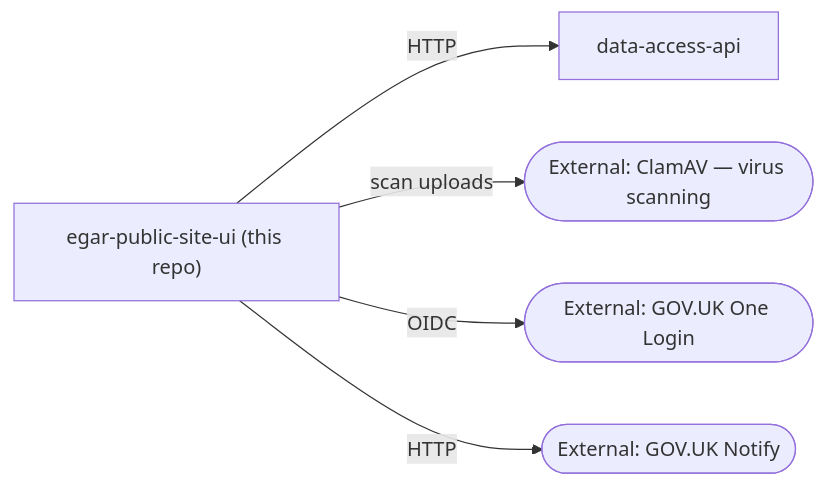
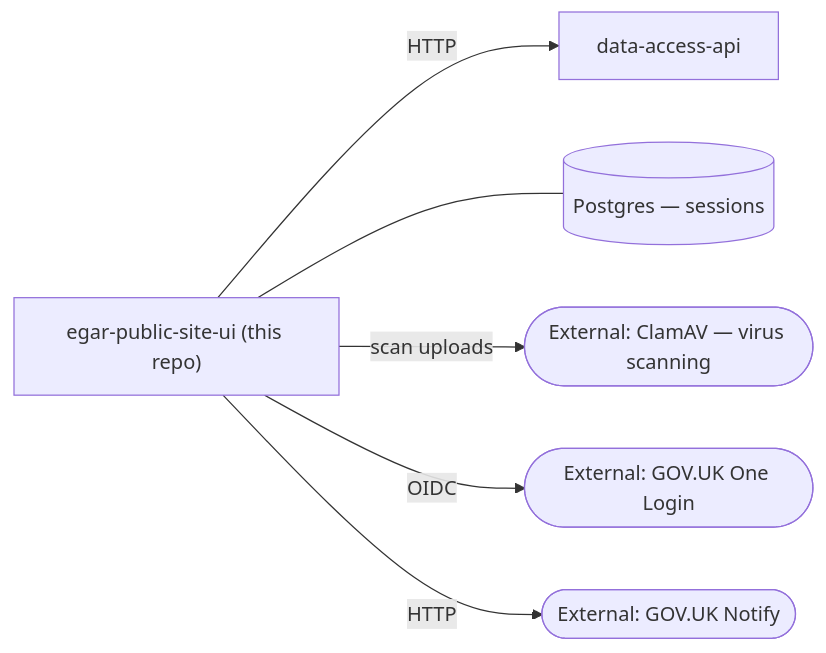
The diagram in AGENTS.md (UKHomeOffice/egar-public-site-ui), drawn with Mermaid before and after one commit. The commit also changed other lines of this file, not shown here.

````diff
--- a/AGENTS.md
+++ b/AGENTS.md
@@ -9,13 +9,15 @@
 ```mermaid
 flowchart LR
     UI["egar-public-site-ui (this repo)"]
+    DB[("Postgres — sessions")]
     API["data-access-api"]
     CLAMAV(["External: ClamAV — virus scanning"])
     ONELOGIN(["External: GOV.UK One Login"])
     NOTIFY(["External: GOV.UK Notify"])
 
     UI -- HTTP --> API
+    UI --- DB
     UI -- "scan uploads" --> CLAMAV
     UI -- OIDC --> ONELOGIN
     UI -- HTTP --> NOTIFY
 ```
````
